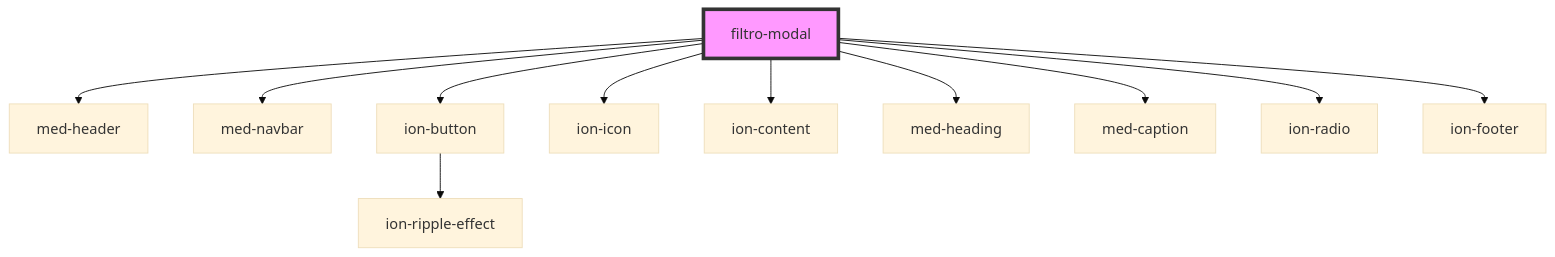
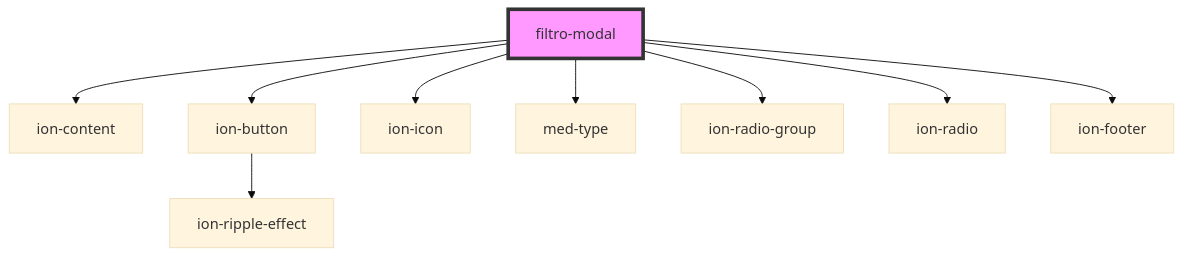
Before and after one commit to MEDGRUPOGIT/ionic-framework-1: the diagram in core/src/components/@medgrupo/team/dashboard/filtro-modal/readme.md, drawn with Mermaid (base theme). The commit also changed other lines of this file and 342 other files, not shown here.

````diff
--- a/core/src/components/@medgrupo/team/dashboard/filtro-modal/readme.md
+++ b/core/src/components/@medgrupo/team/dashboard/filtro-modal/readme.md
@@ -23,14 +21,12 @@
 ```mermaid
 graph TD;
-  filtro-modal --> med-header
-  filtro-modal --> med-navbar
+  filtro-modal --> ion-content
   filtro-modal --> ion-button
   filtro-modal --> ion-icon
-  filtro-modal --> ion-content
-  filtro-modal --> med-heading
-  filtro-modal --> med-caption
+  filtro-modal --> med-type
+  filtro-modal --> ion-radio-group
   filtro-modal --> ion-radio
   filtro-modal --> ion-footer
   ion-button --> ion-ripple-effect
   style filtro-modal fill:#f9f,stroke:#333,stroke-width:4px
 ```
````
